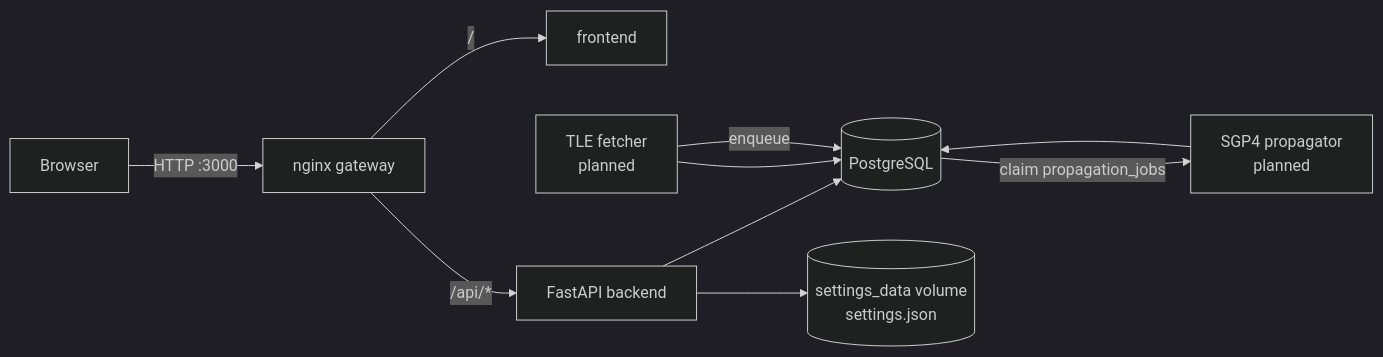
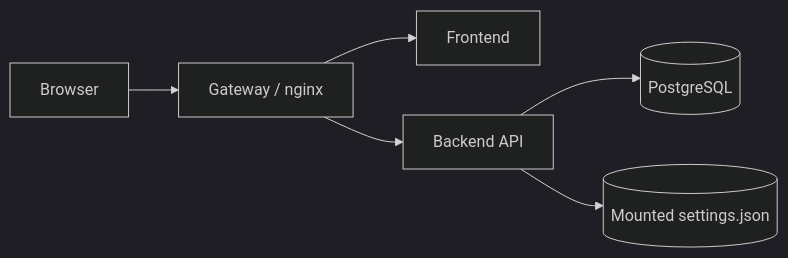
Before and after one commit to ExoSpaceLabs/world-sat-monitor: the first of 8 diagrams in docs/architecture.md, drawn with Mermaid (dark theme). The commit also changed other lines of this file, not shown here.

Commit message:
docs(world-sat-monitor): align architecture with orbit overlay projection

````diff
--- a/docs/architecture.md
+++ b/docs/architecture.md
@@ -7,12 +7,8 @@
 ```mermaid
 flowchart LR
-    U[Browser] -->|HTTP :3000| G[nginx gateway]
-    G -->|/| F[frontend]
-    G -->|/api/*| B[FastAPI backend]
+    U[Browser] --> G[Gateway / nginx]
+    G --> F[Frontend]
+    G --> B[Backend API]
     B --> DB[(PostgreSQL)]
-    B --> S[(settings_data volume<br/>settings.json)]
-    TF[TLE fetcher<br/>planned] --> DB
-    P[SGP4 propagator<br/>planned] --> DB
-    TF -->|enqueue| DB
-    DB -->|claim propagation_jobs| P
+    B --> CFG[(Mounted settings.json)]
 ```
````
